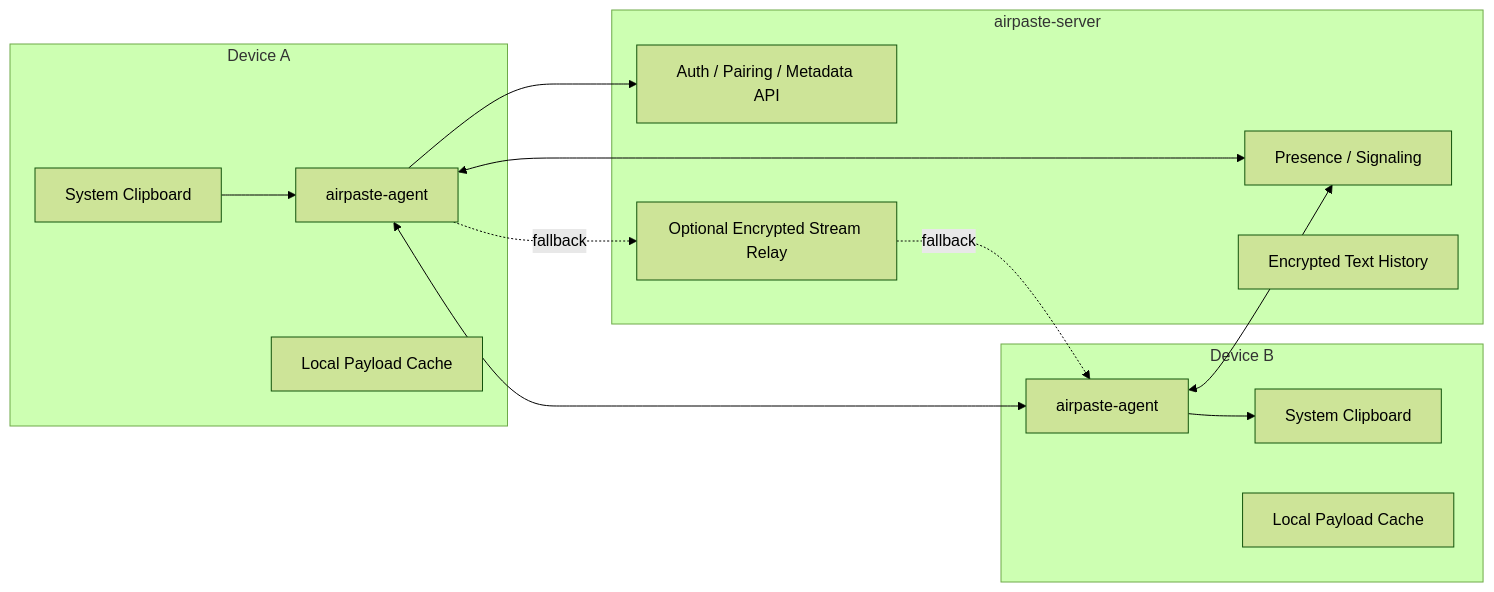
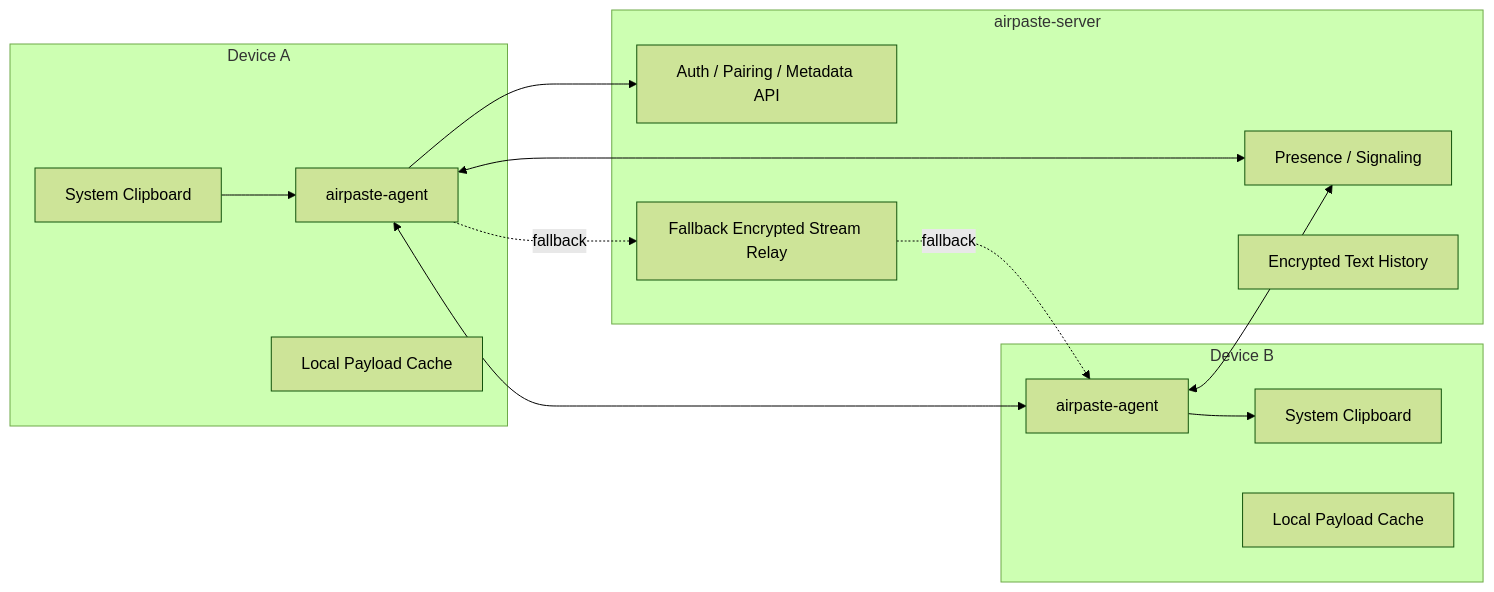
The first of 3 diagrams in docs/DESIGN.md (touchdawn/air-paste), drawn with Mermaid (forest theme) before and after one commit. The commit also changed other lines of this file and 30 other files, not shown here.

````diff
--- a/docs/DESIGN.md
+++ b/docs/DESIGN.md
@@ -37,30 +39,30 @@
 ```mermaid
 flowchart LR
   subgraph DeviceA["Device A"]
     AgentA["airpaste-agent"]
     ClipboardA["System Clipboard"]
     CacheA["Local Payload Cache"]
   end
 
   subgraph Server["airpaste-server"]
     API["Auth / Pairing / Metadata API"]
     Signal["Presence / Signaling"]
     History["Encrypted Text History"]
-    Relay["Optional Encrypted Stream Relay"]
+    Relay["Fallback Encrypted Stream Relay"]
   end
 
   subgraph DeviceB["Device B"]
     AgentB["airpaste-agent"]
     ClipboardB["System Clipboard"]
     CacheB["Local Payload Cache"]
   end
 
   ClipboardA --> AgentA
   AgentA --> API
   AgentA <--> Signal
   AgentB <--> Signal
   AgentB --> ClipboardB
   AgentA <--> AgentB
   AgentA -. fallback .-> Relay
   Relay -. fallback .-> AgentB
 ```
````
